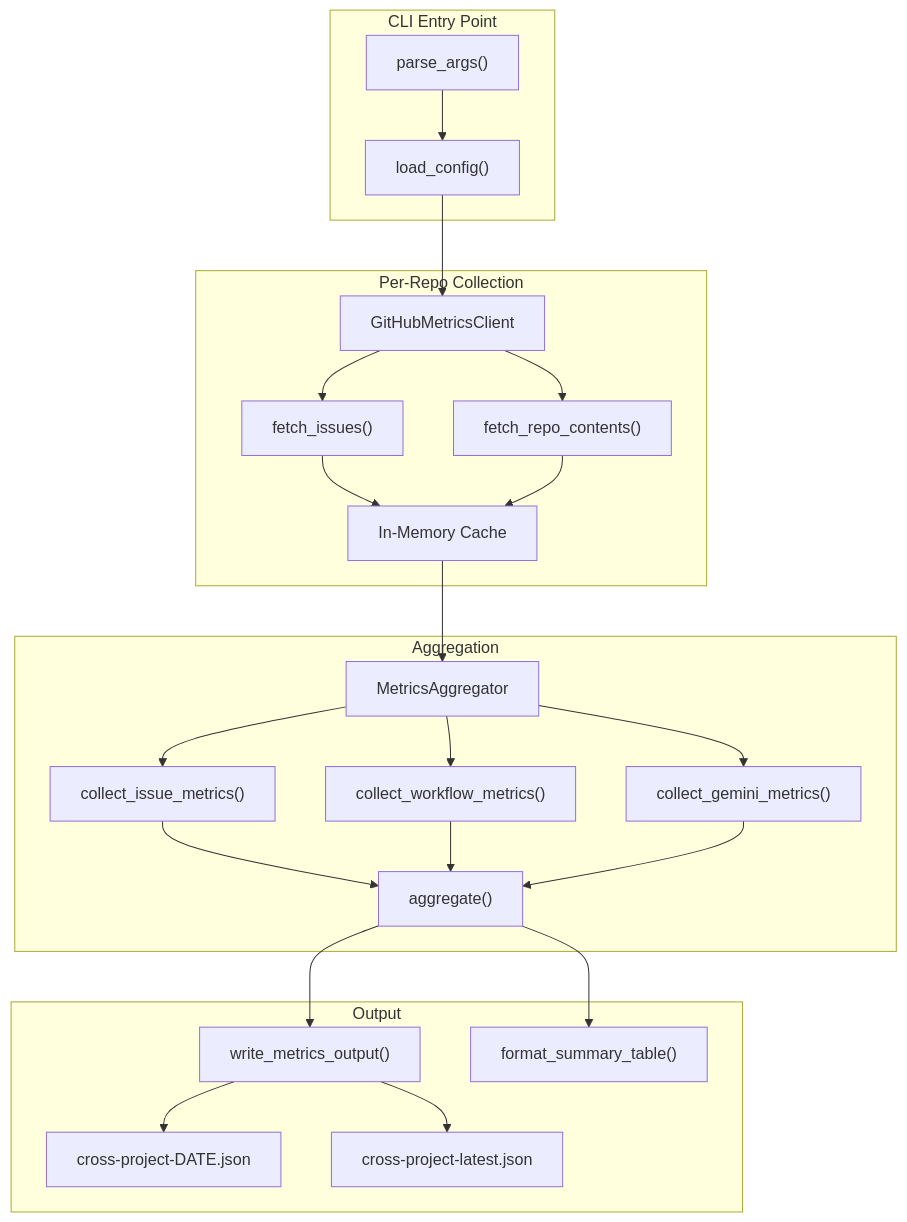
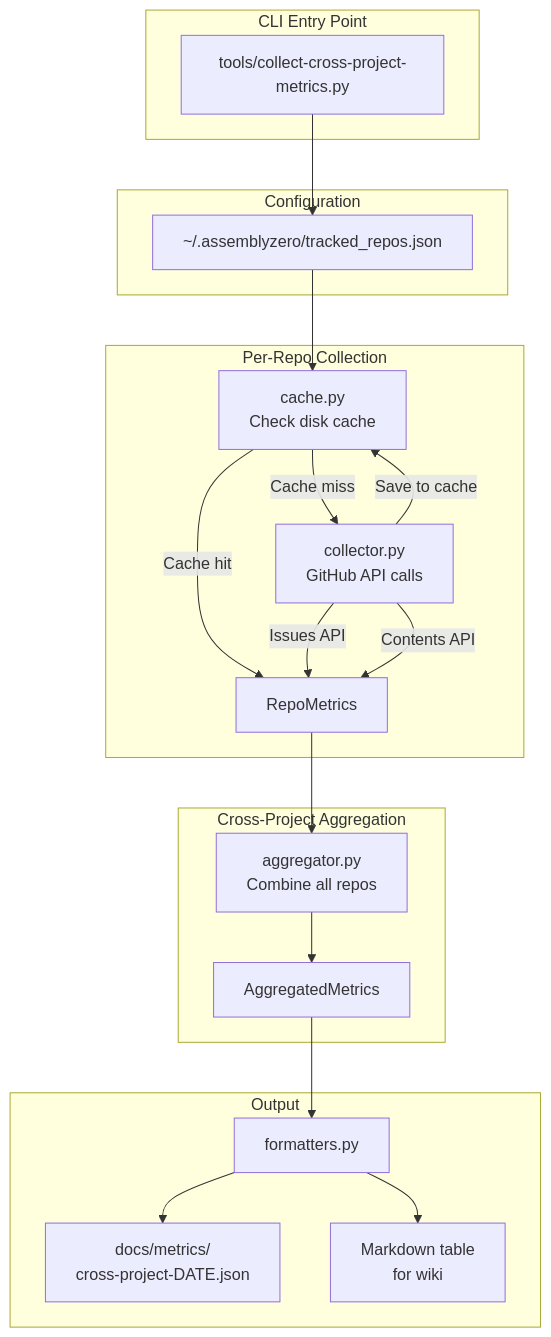
One commit to martymcenroe/AssemblyZero changed the diagram in docs/lineage/active/333-lld/002-draft.md. Above: the diagram before and after it, drawn with Mermaid. The commit also changed other lines of this file and 5 other files, not shown here.

````diff
--- a/docs/lineage/active/333-lld/002-draft.md
+++ b/docs/lineage/active/333-lld/002-draft.md
@@ -646,47 +428,40 @@
 ```mermaid
 flowchart TD
     subgraph CLI["CLI Entry Point"]
-        A["parse_args()"]
-        B["load_config()"]
+        A["tools/collect-cross-project-metrics.py"]
+    end
+
+    subgraph Config["Configuration"]
+        B["~/.assemblyzero/tracked_repos.json"]
     end
 
     subgraph Collection["Per-Repo Collection"]
-        C["GitHubMetricsClient"]
-        D["fetch_issues()"]
-        E["fetch_repo_contents()"]
-        F["In-Memory Cache"]
+        C["cache.py<br/>Check disk cache"]
+        D["collector.py<br/>GitHub API calls"]
+        E["RepoMetrics"]
     end
 
-    subgraph Aggregation["Aggregation"]
-        G["MetricsAggregator"]
-        H["collect_issue_metrics()"]
-        I["collect_workflow_metrics()"]
-        J["collect_gemini_metrics()"]
-        K["aggregate()"]
+    subgraph Aggregation["Cross-Project Aggregation"]
+        F["aggregator.py<br/>Combine all repos"]
+        G["AggregatedMetrics"]
     end
 
     subgraph Output["Output"]
-        L["write_metrics_output()"]
-        M["cross-project-DATE.json"]
-        N["cross-project-latest.json"]
-        O["format_summary_table()"]
+        H["formatters.py"]
+        I["docs/metrics/<br/>cross-project-DATE.json"]
+        J["Markdown table<br/>for wiki"]
     end
 
     A --> B
     B --> C
-    C --> D
-    C --> E
-    D --> F
+    C -->|Cache hit| E
+    C -->|Cache miss| D
+    D -->|Issues API| E
+    D -->|Contents API| E
+    D -->|Save to cache| C
     E --> F
     F --> G
     G --> H
-    G --> I
-    G --> J
-    H --> K
-    I --> K
-    J --> K
-    K --> L
-    L --> M
-    L --> N
-    K --> O
+    H --> I
+    H --> J
 ```
````
